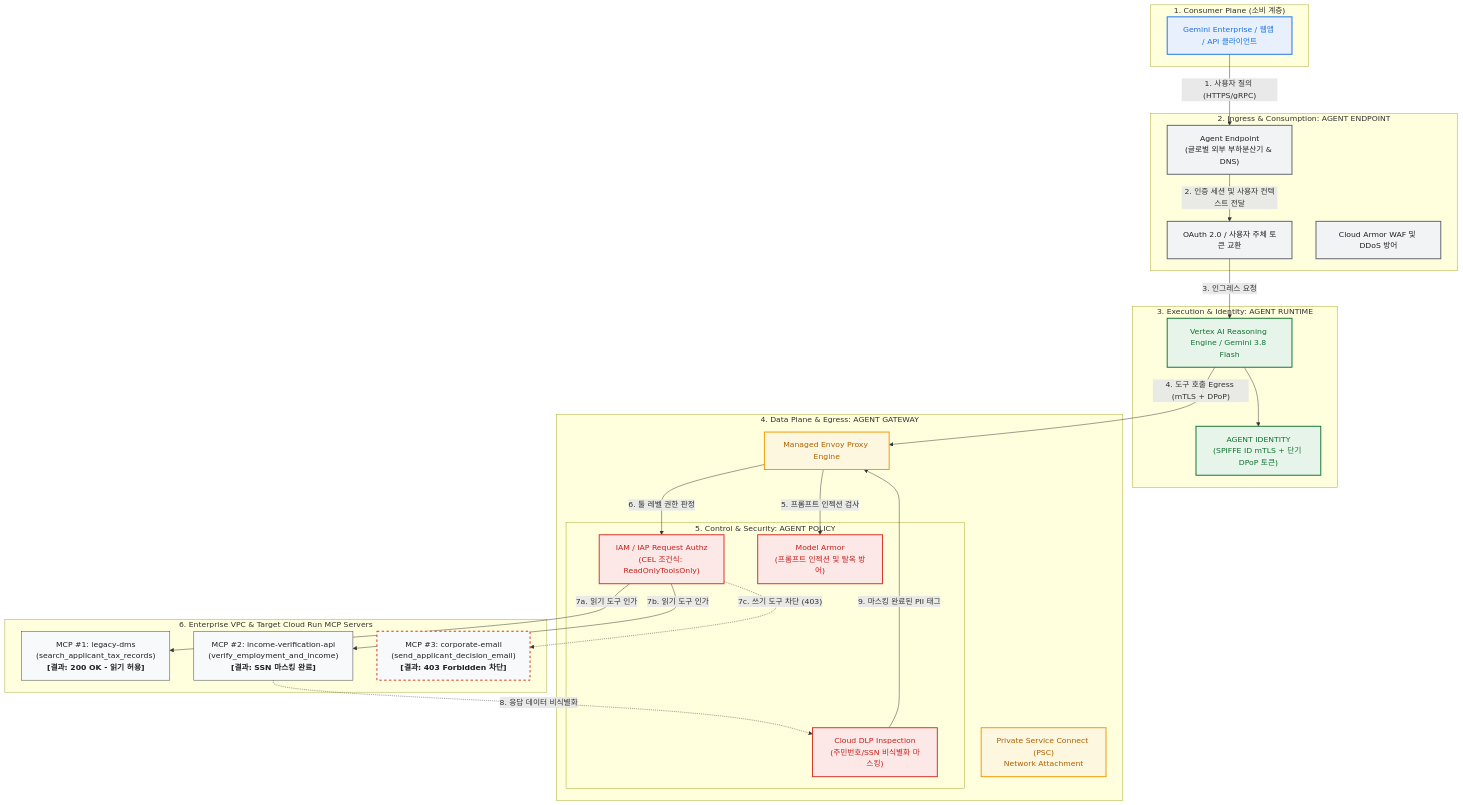
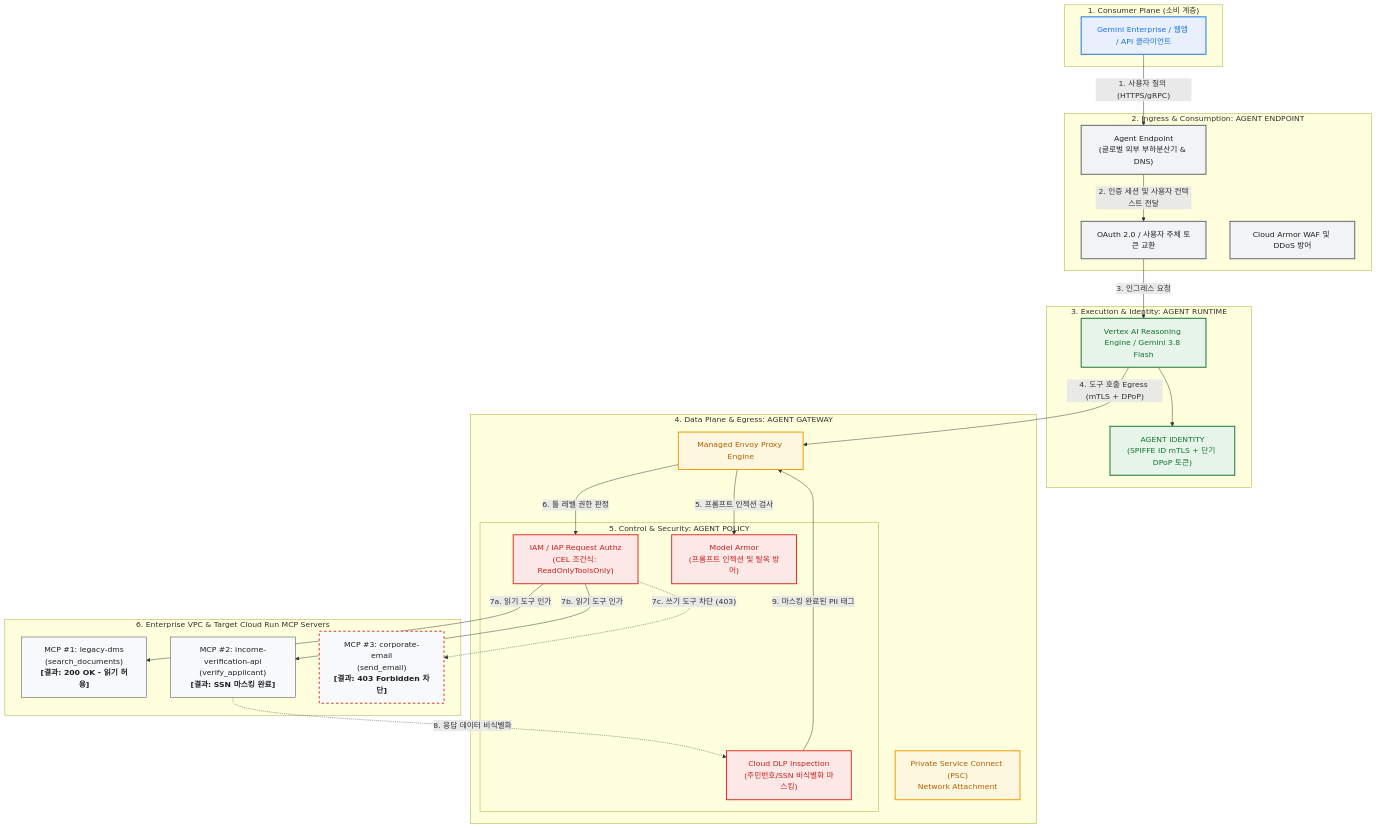
Before and after one commit to ddiger/gemini-enterprise-agent-engine: the diagram in README.ko.md, drawn with Mermaid. The commit also changed other lines of this file and 5 other files, not shown here.

````diff
--- a/README.ko.md
+++ b/README.ko.md
@@ -15,58 +15,58 @@
 ```mermaid
 flowchart TD
     classDef client fill:#E8F0FE,stroke:#1A73E8,stroke-width:2px,color:#1A73E8;
     classDef ingress fill:#F1F3F4,stroke:#5F6368,stroke-width:2px,color:#202124;
     classDef runtime fill:#E6F4EA,stroke:#137333,stroke-width:2px,color:#137333;
     classDef gateway fill:#FEF7E0,stroke:#F29900,stroke-width:2px,color:#B06000;
     classDef policy fill:#FCE8E6,stroke:#D93025,stroke-width:2px,color:#C5221F;
     classDef backend fill:#F8F9FA,stroke:#3C4043,stroke-width:1px,color:#202124;
 
     subgraph CLIENT_LAYER["1. Consumer Plane (소비 계층)"]
         Client["Gemini Enterprise / 웹앱 / API 클라이언트"]:::client
     end
 
     subgraph INGRESS_LAYER["2. Ingress & Consumption: AGENT ENDPOINT"]
         Endpoint["Agent Endpoint<br/>(글로벌 외부 부하분산기 & DNS)"]:::ingress
         OAuth["OAuth 2.0 / 사용자 주체 토큰 교환"]:::ingress
         CloudArmor["Cloud Armor WAF 및 DDoS 방어"]:::ingress
     end
 
     subgraph RUNTIME_LAYER["3. Execution & Identity: AGENT RUNTIME"]
         Runtime["Vertex AI Reasoning Engine / Gemini 3.8 Flash"]:::runtime
         Identity["AGENT IDENTITY<br/>(SPIFFE ID mTLS + 단기 DPoP 토큰)"]:::runtime
     end
 
     subgraph GATEWAY_LAYER["4. Data Plane & Egress: AGENT GATEWAY"]
         Envoy["Managed Envoy Proxy Engine"]:::gateway
         PSC["Private Service Connect (PSC)<br/>Network Attachment"]:::gateway
         
         subgraph POLICY_LAYER["5. Control & Security: AGENT POLICY"]
             CEL["IAM / IAP Request Authz<br/>(CEL 조건식: ReadOnlyToolsOnly)"]:::policy
             ModelArmor["Model Armor<br/>(프롬프트 인젝션 및 탈옥 방어)"]:::policy
             DLP["Cloud DLP Inspection<br/>(주민번호/SSN 비식별화 마스킹)"]:::policy
         end
     end
 
     subgraph BACKEND_LAYER["6. Enterprise VPC & Target Cloud Run MCP Servers"]
-        DMS["MCP #1: legacy-dms<br/>(search_applicant_tax_records)<br/><b>[결과: 200 OK - 읽기 허용]</b>"]:::backend
-        Payroll["MCP #2: income-verification-api<br/>(verify_employment_and_income)<br/><b>[결과: SSN 마스킹 완료]</b>"]:::backend
-        Email["MCP #3: corporate-email<br/>(send_applicant_decision_email)<br/><b>[결과: 403 Forbidden 차단]</b>"]:::backend
+        DMS["MCP #1: legacy-dms<br/>(search_documents)<br/><b>[결과: 200 OK - 읽기 허용]</b>"]:::backend
+        Payroll["MCP #2: income-verification-api<br/>(verify_applicant)<br/><b>[결과: SSN 마스킹 완료]</b>"]:::backend
+        Email["MCP #3: corporate-email<br/>(send_email)<br/><b>[결과: 403 Forbidden 차단]</b>"]:::backend
     end
 
     Client -->|"1. 사용자 질의 (HTTPS/gRPC)"| Endpoint
     Endpoint -->|"2. 인증 세션 및 사용자 컨텍스트 전달"| OAuth
     OAuth -->|"3. 인그레스 요청"| Runtime
     Runtime --> Identity
     Runtime -->|"4. 도구 호출 Egress (mTLS + DPoP)"| Envoy
 
     Envoy -->|"5. 프롬프트 인젝션 검사"| ModelArmor
     Envoy -->|"6. 툴 레벨 권한 판정"| CEL
     
     CEL -->|"7a. 읽기 도구 인가"| DMS
     CEL -->|"7b. 읽기 도구 인가"| Payroll
     Payroll -.->|"8. 응답 데이터 비식별화"| DLP
     DLP -->|"9. 마스킹 완료된 PII 태그"| Envoy
     
     CEL -.->|"7c. 쓰기 도구 차단 (403)"| Email
     style Email stroke:#D93025,stroke-width:2px,stroke-dasharray: 5 5;
 ```
````
